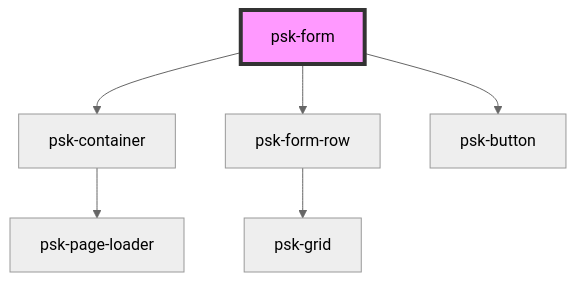
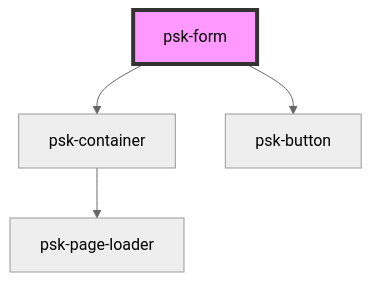
Before and after one commit to daniel-visoiu/cardinal: the diagram in src/components/form-components/psk-form/readme.md, drawn with Mermaid (neutral theme). The commit also changed other lines of this file and 14 other files, not shown here.

````diff
--- a/src/components/form-components/psk-form/readme.md
+++ b/src/components/form-components/psk-form/readme.md
@@ -27,9 +26,7 @@
 ```mermaid
 graph TD;
   psk-form --> psk-container
-  psk-form --> psk-form-row
   psk-form --> psk-button
   psk-container --> psk-page-loader
-  psk-form-row --> psk-grid
   style psk-form fill:#f9f,stroke:#333,stroke-width:4px
 ```
````
